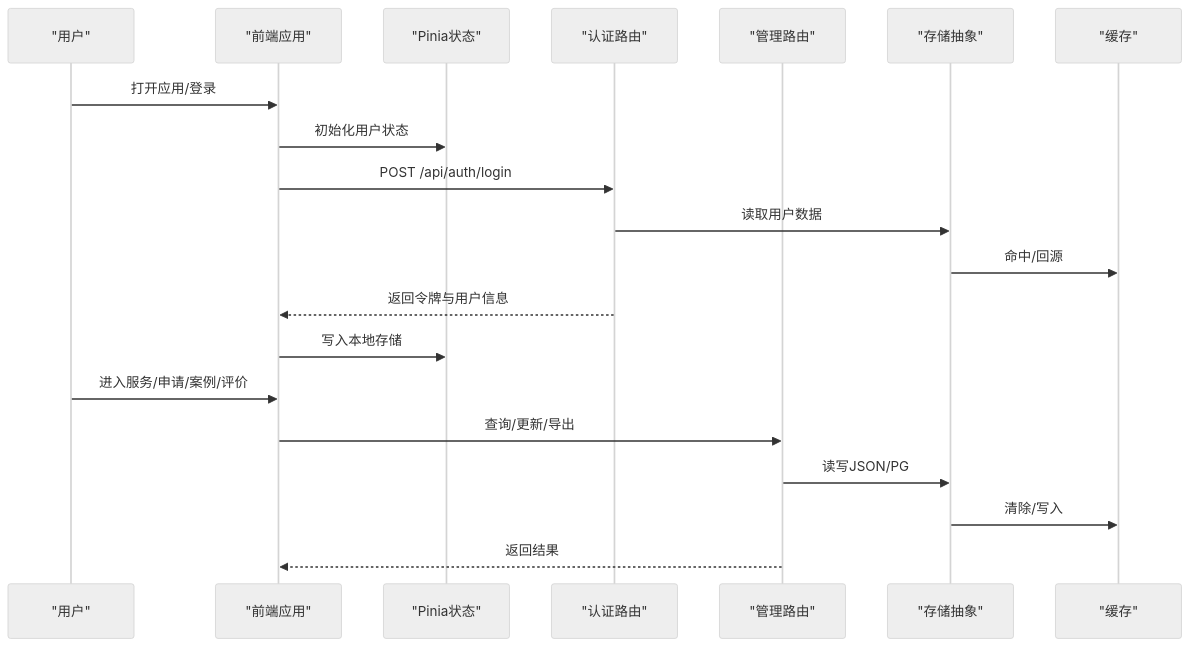
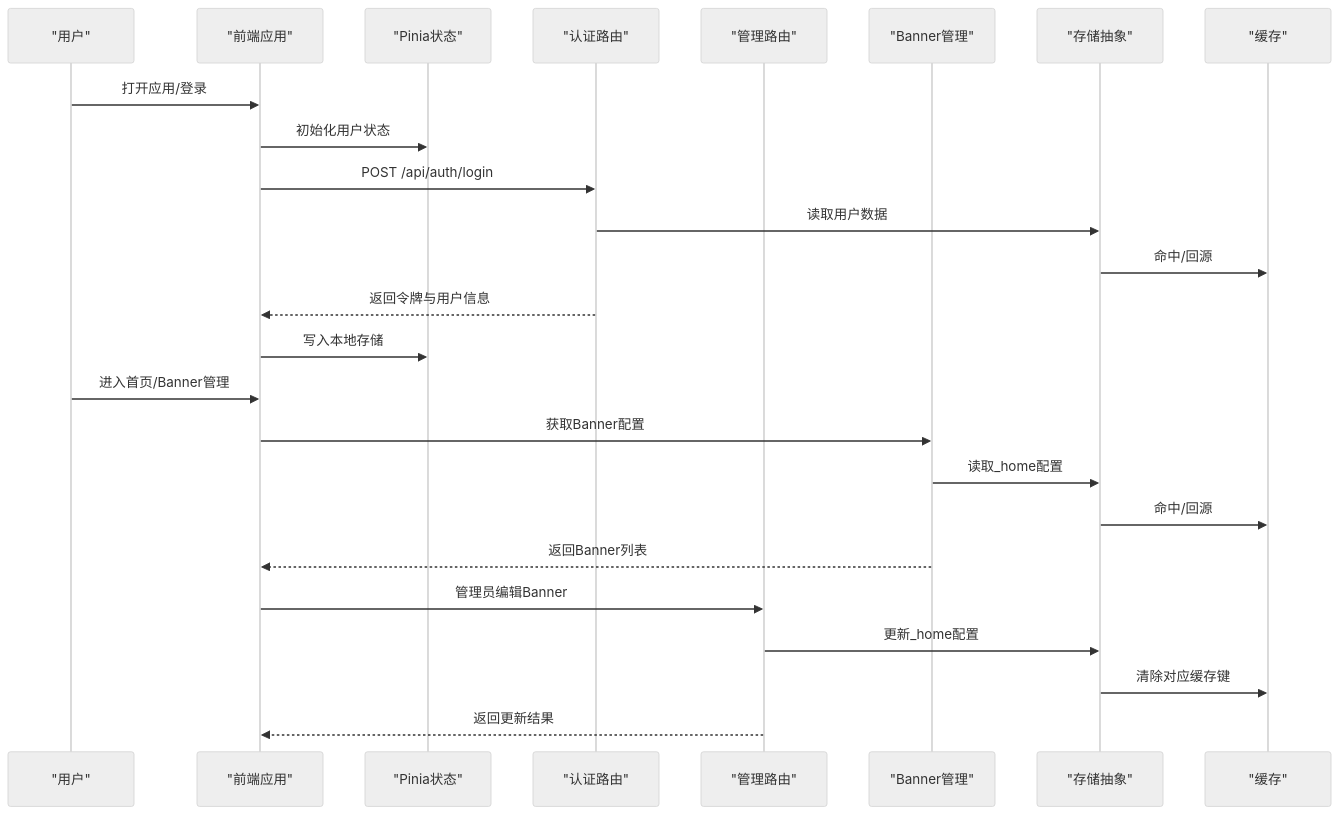
One commit to Giraffe-Han/microAPP changed the second of 14 diagrams in .qoder/repowiki/zh/content/业务功能模块/业务功能模块.md. Above: the diagram before and after it, drawn with Mermaid (neutral theme). The commit also changed other lines of this file and 93 other files, not shown here.

Commit message:
fix: 恢复原始Banner图片URL到配置中

````diff
--- a/.qoder/repowiki/zh/content/业务功能模块/业务功能模块.md
+++ b/.qoder/repowiki/zh/content/业务功能模块/业务功能模块.md
@@ -120,22 +141,27 @@
 ```mermaid
 sequenceDiagram
 participant U as "用户"
 participant FE as "前端应用"
 participant Store as "Pinia状态"
 participant Auth as "认证路由"
 participant Admin as "管理路由"
+participant Banner as "Banner管理"
 participant StoreDB as "存储抽象"
 participant Cache as "缓存"
 U->>FE : 打开应用/登录
 FE->>Store : 初始化用户状态
 FE->>Auth : POST /api/auth/login
 Auth->>StoreDB : 读取用户数据
 StoreDB->>Cache : 命中/回源
 Auth-->>FE : 返回令牌与用户信息
 FE->>Store : 写入本地存储
-U->>FE : 进入服务/申请/案例/评价
-FE->>Admin : 查询/更新/导出
-Admin->>StoreDB : 读写JSON/PG
-StoreDB->>Cache : 清除/写入
-Admin-->>FE : 返回结果
+U->>FE : 进入首页/Banner管理
+FE->>Banner : 获取Banner配置
+Banner->>StoreDB : 读取_home配置
+StoreDB->>Cache : 命中/回源
+Banner-->>FE : 返回Banner列表
+FE->>Admin : 管理员编辑Banner
+Admin->>StoreDB : 更新_home配置
+StoreDB->>Cache : 清除对应缓存键
+Admin-->>FE : 返回更新结果
 ```
````
